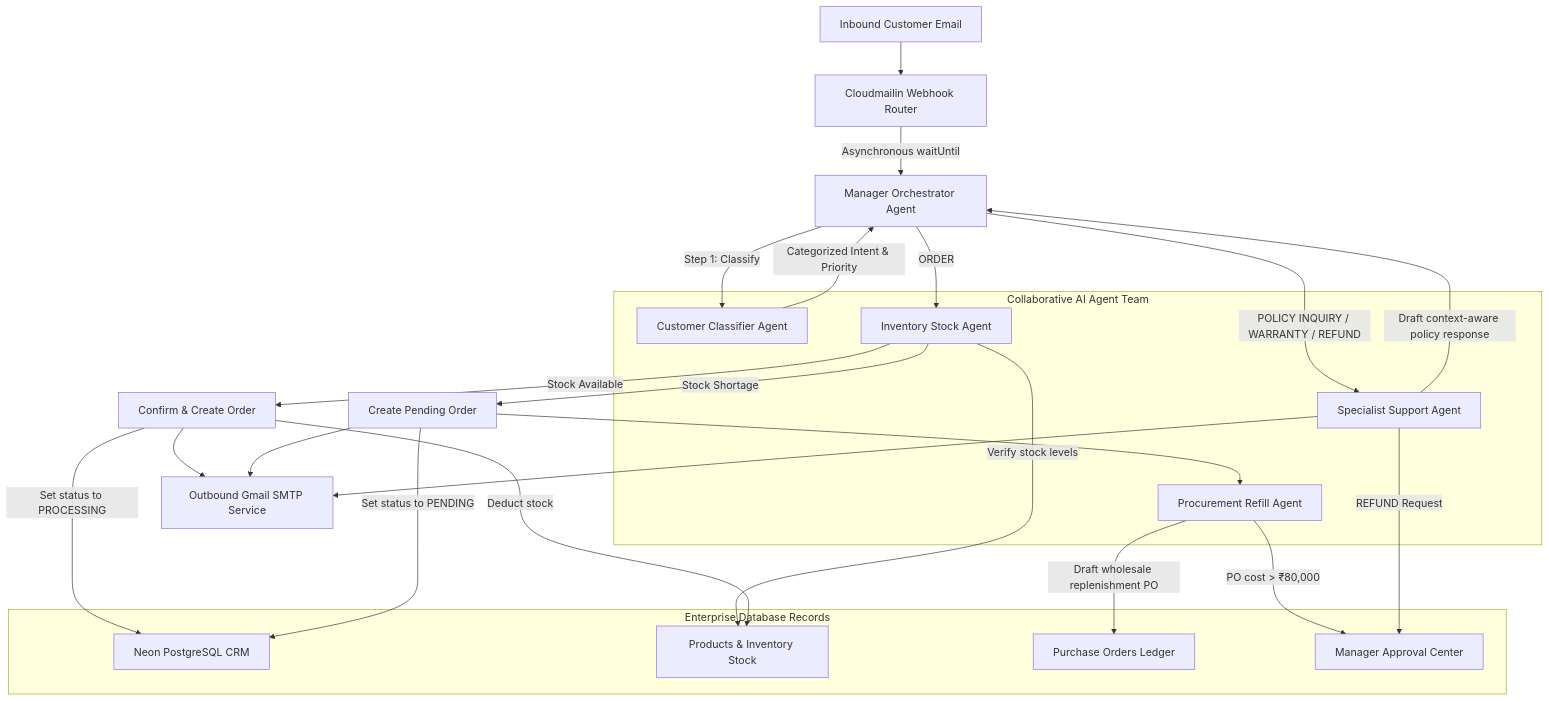
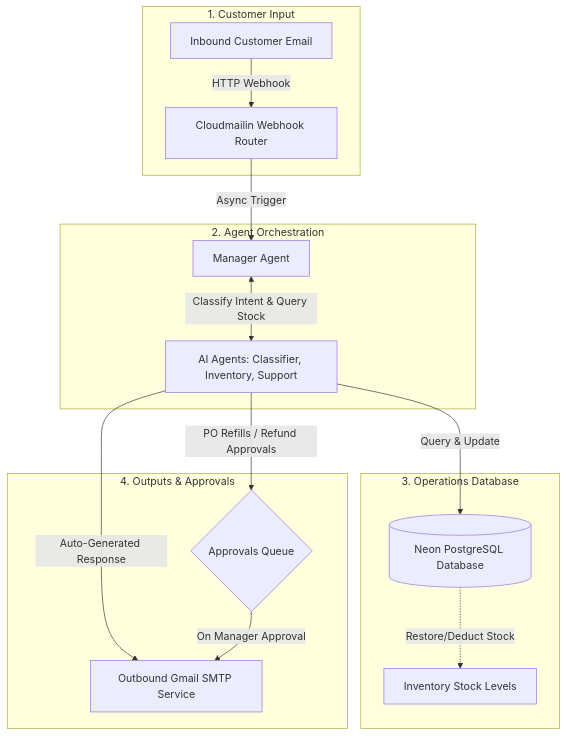
One commit to SiddheshCodes4554/OpsPilot changed the diagram in README.md. Above: the diagram before and after it, drawn with Mermaid.

Commit message:
docs: simplify architecture mermaid diagram in README to improve clarity

````diff
--- a/README.md
+++ b/README.md
@@ -11,52 +11,22 @@
 ```mermaid
 flowchart TD
-    %% Entities
-    Inbound[Inbound Customer Email]
-    Webhook[Cloudmailin Webhook Router]
-    Manager[Manager Orchestrator Agent]
-    
-    subgraph AgenticTeam [Collaborative AI Agent Team]
-        Classifier[Customer Classifier Agent]
-        StockCheck[Inventory Stock Agent]
-        Procurement[Procurement Refill Agent]
-        Support[Specialist Support Agent]
+    subgraph Input [1. Customer Input]
+        Mail[Inbound Customer Email] -->|HTTP Webhook| Router[Cloudmailin Webhook Router]
     end
 
-    subgraph Operations [Enterprise Database Records]
-        CRM[Neon PostgreSQL CRM]
-        Catalog[Products & Inventory Stock]
-        POs[Purchase Orders Ledger]
-        Approvals[Manager Approval Center]
+    subgraph Brain [2. Agent Orchestration]
+        Router -->|Async Trigger| Manager[Manager Agent]
+        Manager <-->|Classify Intent & Query Stock| Subagents[AI Agents: Classifier, Inventory, Support]
     end
 
-    %% Webhook routing
-    Inbound --> Webhook
-    Webhook -->|Asynchronous waitUntil| Manager
+    subgraph Data [3. Operations Database]
+        Subagents -->|Query & Update| DB[(Neon PostgreSQL Database)]
+        DB -.->|Restore/Deduct Stock| Inv[Inventory Stock Levels]
+    end
 
-    %% Manager routing
-    Manager -->|Step 1: Classify | Classifier
-    Classifier -->|Categorized Intent & Priority| Manager
-
-    %% Action paths
-    Manager -- ORDER --> StockCheck
-    StockCheck -->|Verify stock levels| Catalog
-    
-    StockCheck -- Stock Available --> ConfirmOrder[Confirm & Create Order]
-    ConfirmOrder -->|Deduct stock| Catalog
-    ConfirmOrder -->|Set status to PROCESSING| CRM
-
-    StockCheck -- Stock Shortage --> CreateBackorder[Create Pending Order]
-    CreateBackorder -->|Set status to PENDING| CRM
-    CreateBackorder --> Procurement
-    Procurement -->|Draft wholesale replenishment PO| POs
-    Procurement -->|PO cost > ₹80,000| Approvals
-    
-    Manager -- POLICY INQUIRY / WARRANTY / REFUND --> Support
-    Support -->|Draft context-aware policy response| Manager
-    Support -- REFUND Request --> Approvals
-
-    %% Outbound Dispatch
-    ConfirmOrder --> Dispatch[Outbound Gmail SMTP Service]
-    CreateBackorder --> Dispatch
-    Support --> Dispatch
+    subgraph Action [4. Outputs & Approvals]
+        Subagents -->|PO Refills / Refund Approvals| AppCenter{Approvals Queue}
+        Subagents -->|Auto-Generated Response| SMTP[Outbound Gmail SMTP Service]
+        AppCenter -->|On Manager Approval| SMTP
+    end
 ```
````
